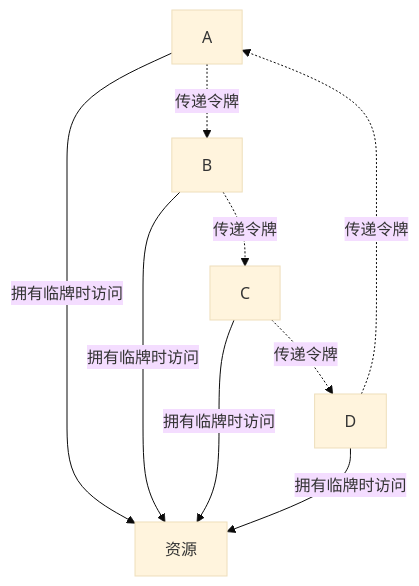
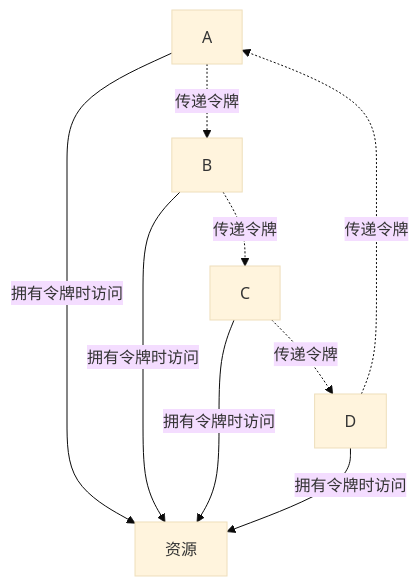
Before and after one commit to matteo-gz/coding: the fourth of 8 diagrams in content/docs/distributed/coordination.md, drawn with Mermaid (base theme). The commit also changed other lines of this file and 7 other files, not shown here.

```diff
--- a/content/docs/distributed/coordination.md
+++ b/content/docs/distributed/coordination.md
@@ -102,12 +102,12 @@
 {{< mermaid >}}
 graph TD
-A -- 拥有临牌时访问 --> 资源
-B -- 拥有临牌时访问 --> 资源
-C -- 拥有临牌时访问 --> 资源 
-D -- 拥有临牌时访问 --> 资源
+A -- 拥有令牌时访问 --> 资源
+B -- 拥有令牌时访问 --> 资源
+C -- 拥有令牌时访问 --> 资源 
+D -- 拥有令牌时访问 --> 资源
 
 A -. 传递令牌 .-> B
 B -. 传递令牌 .-> C
 C -. 传递令牌 .-> D
 D -. 传递令牌 .-> A
 {{< /mermaid >}}
```
